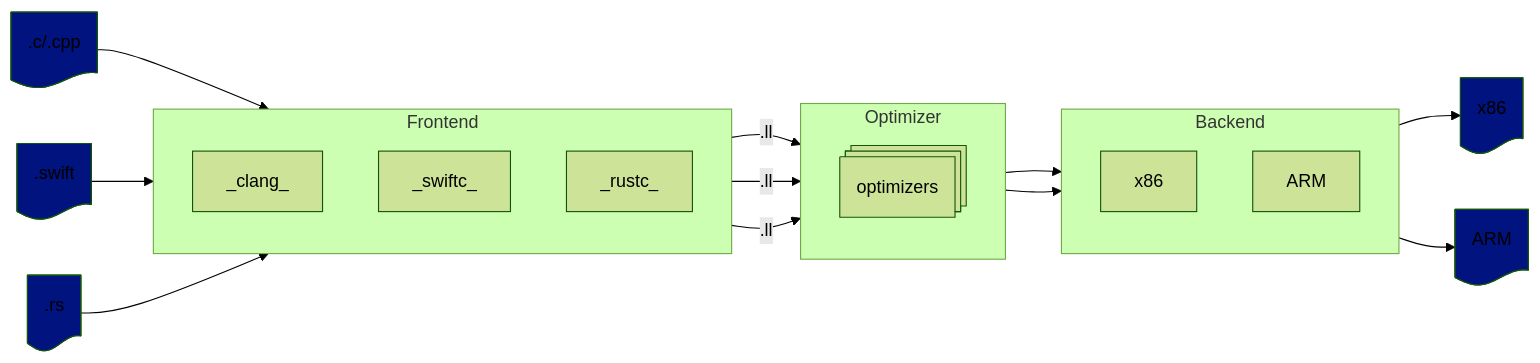
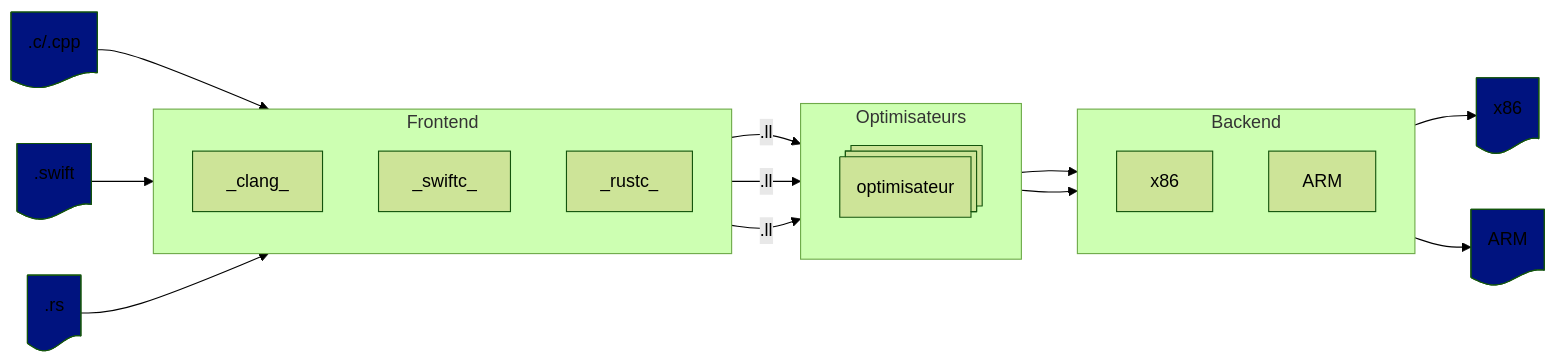
Before and after one commit to Pvlerick/DevDay2025: the tenth of 11 diagrams in slides.md, drawn with Mermaid (forest theme). The commit also changed other lines of this file and 6 other files, not shown here.

````diff
--- a/slides.md
+++ b/slides.md
@@ -289,34 +304,34 @@
 ```mermaid
 flowchart LR
     source_c@{ shape: doc, label: ".c/.cpp"}
     source_swift@{ shape: doc, label: ".swift"}
     source_rust@{ shape: doc, label: ".rs"}
     target_x86@{ shape: doc, label: "x86"}
     target_arm@{ shape: doc, label: "ARM"}
     subgraph frontend [Frontend]
         direction TB
         clang["_clang_"]
         swift["_swiftc_"]
         rust["_rustc_"]
     end
-    subgraph optimizer [Optimizer]
-        optimizers@{ shape: processes, label: "optimizers" }
+    subgraph optimizer [Optimisateurs]
+        optimizers@{ shape: processes, label: "optimisateur" }
     end
     subgraph backend [Backend]
         direction TB
         x86
         ARM
     end
     source_c --> clang
     source_swift --> swift
     source_rust --> rust
     clang & swift & rust -- .ll --> optimizer
     optimizer --> x86 & ARM
     x86 --> target_x86
     ARM --> target_arm
     style source_c fill:#00137F
     style source_swift fill:#00137F
     style source_rust fill:#00137F
     style target_x86 fill:#00137F
     style target_arm fill:#00137F
 ```
````
